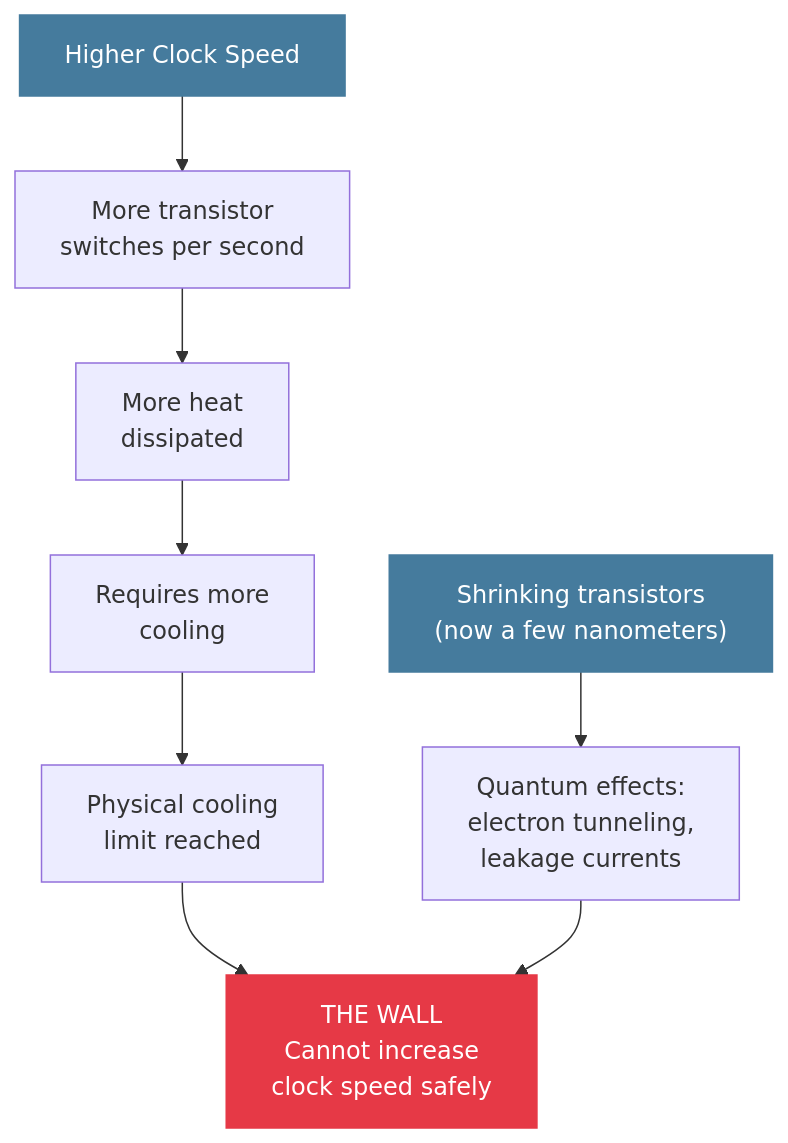
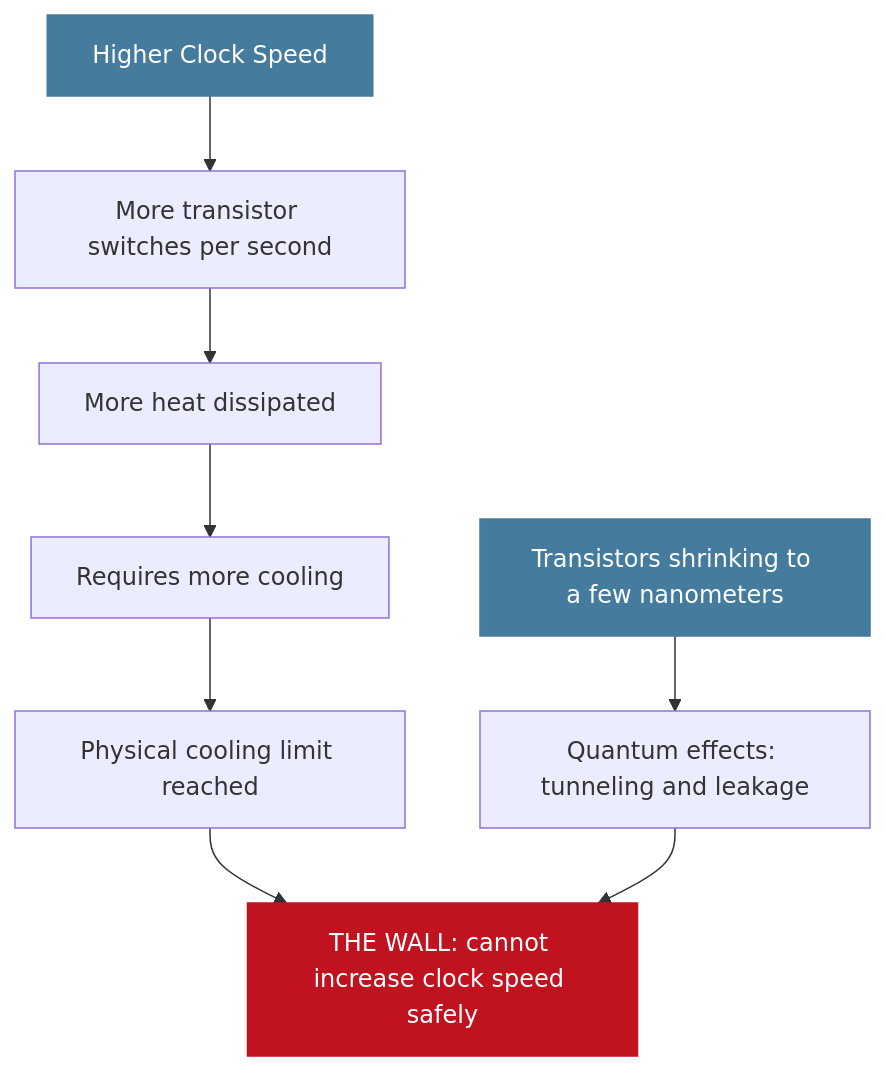
The fourth of 14 diagrams in Week1/Lecture2_Hardware_Moores_Amdahls.md (MuhammadTahaNasir/Big-Data-Analytics-Notes), drawn with Mermaid before and after one commit. The commit also changed other lines of this file, not shown here.

````diff
--- a/Week1/Lecture2_Hardware_Moores_Amdahls.md
+++ b/Week1/Lecture2_Hardware_Moores_Amdahls.md
@@ -141,15 +138,16 @@
 ```mermaid
 flowchart TD
-    CS["Higher Clock Speed"] --> HS["More transistor\nswitches per second"]
-    HS --> HT["More heat\ndissipated"]
-    HT --> HC["Requires more\ncooling"]
-    HC --> LM["Physical cooling\nlimit reached"]
-    LM --> WALL["THE WALL\nCannot increase\nclock speed safely"]
+    A[Higher Clock Speed] --> B[More transistor switches per second]
+    B --> C[More heat dissipated]
+    C --> D[Requires more cooling]
+    D --> E[Physical cooling limit reached]
 
-    TS["Shrinking transistors\n(now a few nanometers)"] --> QE["Quantum effects:\nelectron tunneling,\nleakage currents"]
-    QE --> WALL
+    F[Transistors shrinking to a few nanometers] --> G[Quantum effects: tunneling and leakage]
 
-    style WALL fill:#e63946,color:#fff,stroke:#e63946
-    style CS fill:#457b9d,color:#fff,stroke:#457b9d
-    style TS fill:#457b9d,color:#fff,stroke:#457b9d
+    E --> WALL[THE WALL: cannot increase clock speed safely]
+    G --> WALL
+
+    style WALL fill:#c1121f,color:#fff,stroke:#c1121f
+    style A fill:#457b9d,color:#fff,stroke:#457b9d
+    style F fill:#457b9d,color:#fff,stroke:#457b9d
 ```
````
